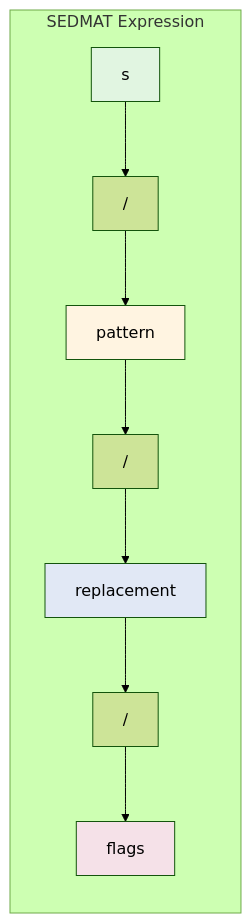
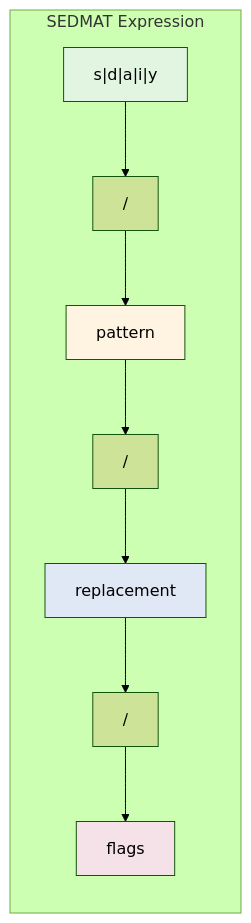
Before and after one commit to visionik/sedmat: the first of 3 diagrams in README.md, drawn with Mermaid (forest theme). The commit also changed other lines of this file, not shown here.

````diff
--- a/README.md
+++ b/README.md
@@ -55,16 +63,16 @@
 ```mermaid
 graph LR
     subgraph "SEDMAT Expression"
-        CMD[s] --> SEP1["/"]
+        CMD["s|d|a|i|y"] --> SEP1["/"]
         SEP1 --> PAT["pattern"]
         PAT --> SEP2["/"]
         SEP2 --> REP["replacement"]
         REP --> SEP3["/"]
         SEP3 --> FLAGS["flags"]
     end
     
     style CMD fill:#e1f5e1
     style PAT fill:#fff4e1
     style REP fill:#e1e8f5
     style FLAGS fill:#f5e1e8
 ```
````
